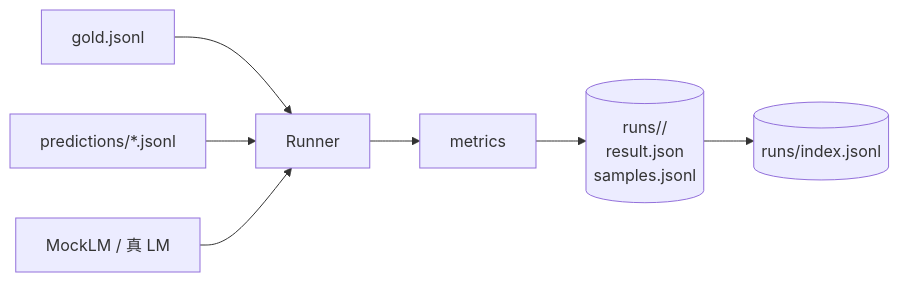
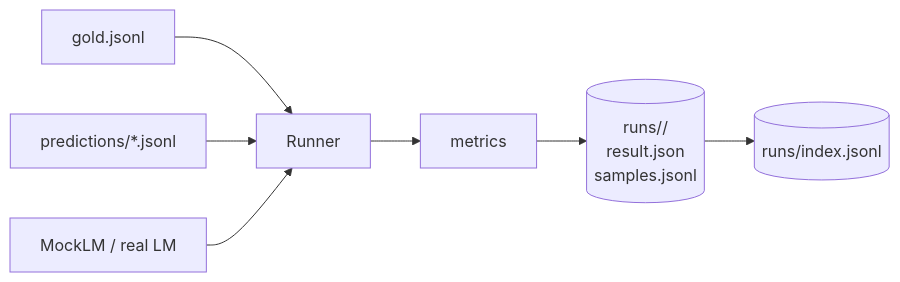
One commit to AndyUneducated/alchemy changed the first of 8 diagrams in play/evals/JOURNAL.md. Above: the diagram before and after it, drawn with Mermaid. The commit also changed other lines of this file and 197 other files, not shown here.

````diff
--- a/play/evals/JOURNAL.md
+++ b/play/evals/JOURNAL.md
@@ -15,9 +15,9 @@
 ```mermaid
 flowchart LR
     G[gold.jsonl] --> R[Runner]
     P[predictions/*.jsonl] --> R
-    L[MockLM / 真 LM] --> R
+    L[MockLM / real LM] --> R
     R --> M[metrics]
     M --> S[(runs/<id>/<br/>result.json<br/>samples.jsonl)]
     S --> I[(runs/index.jsonl)]
 ```
````
